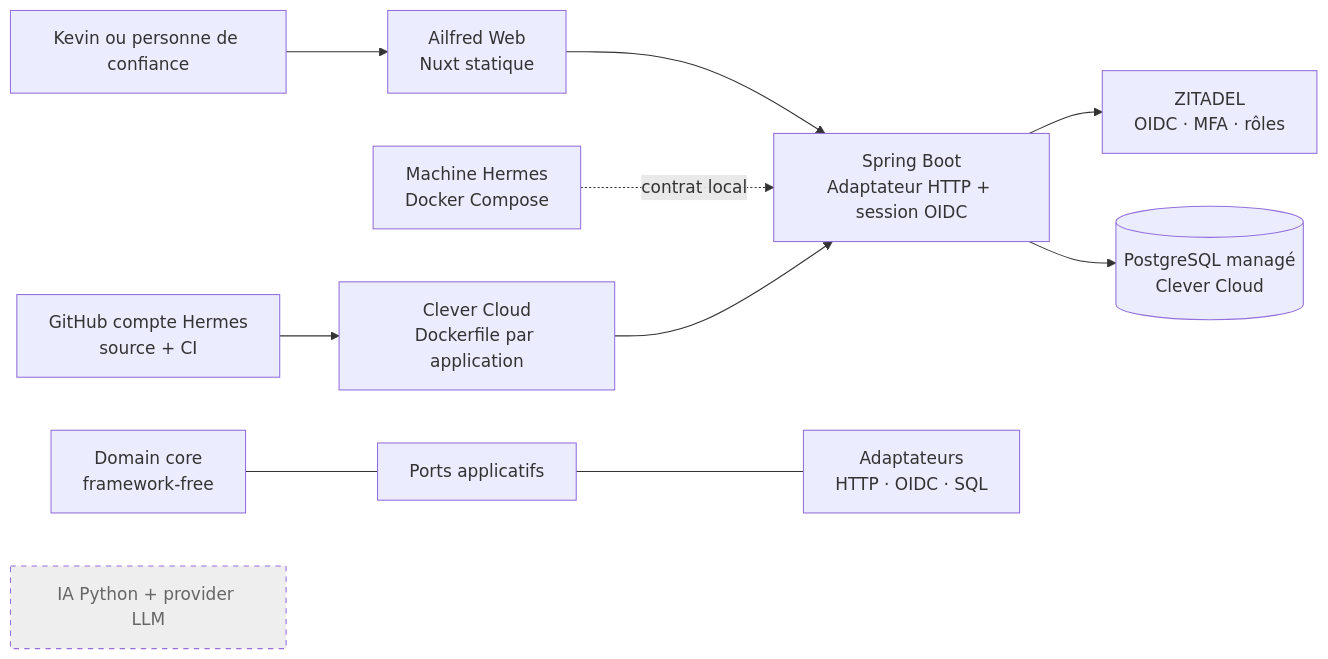
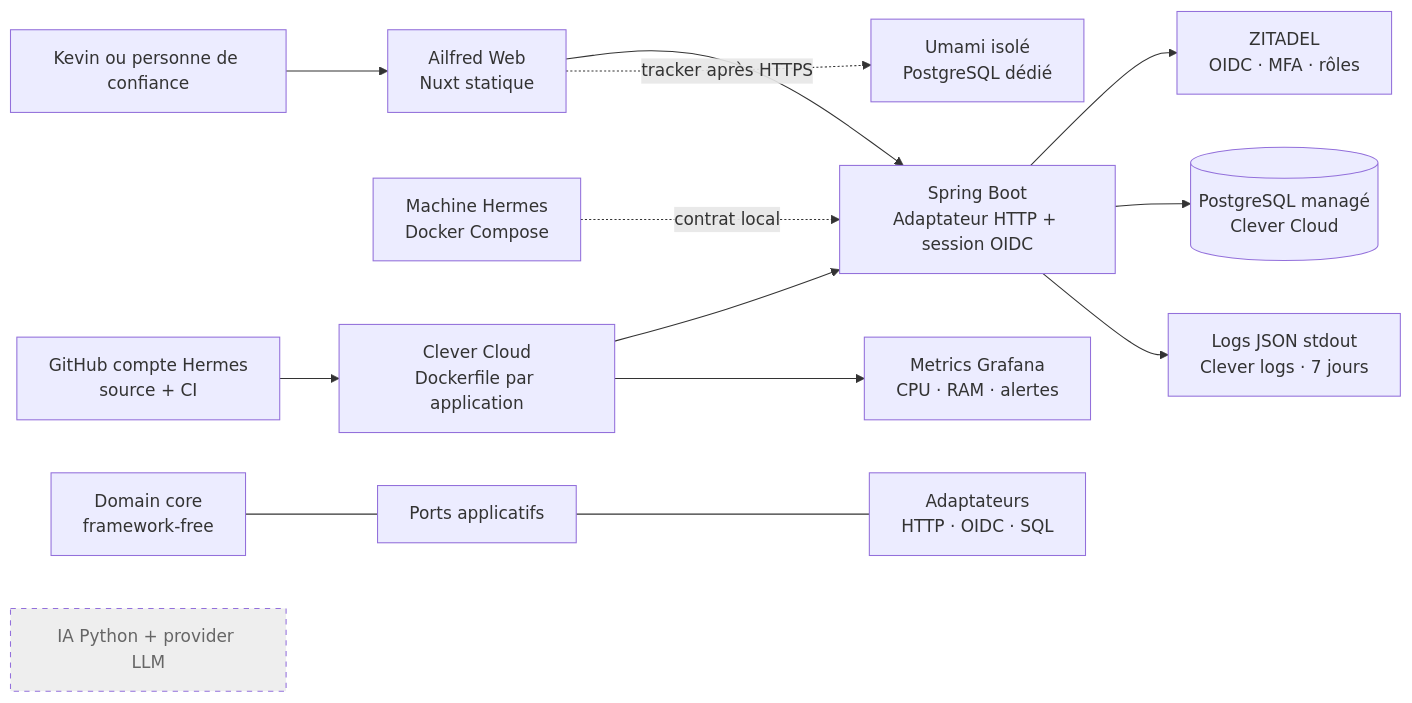
One commit to KevinArnaudLille/personal-hub changed the diagram in diagrams/ailfred-foundations-architecture.mmd. Above: the diagram before and after it, drawn with Mermaid. The commit also changed 1 other file, not shown here.

```diff
--- a/diagrams/ailfred-foundations-architecture.mmd
+++ b/diagrams/ailfred-foundations-architecture.mmd
@@ -1,12 +1,15 @@
 flowchart LR
   U[Kevin ou personne de confiance] --> W[Ailfred Web\nNuxt statique]
   W --> S[Spring Boot\nAdaptateur HTTP + session OIDC]
   S --> I[ZITADEL\nOIDC · MFA · rôles]
   S --> D[(PostgreSQL managé\nClever Cloud)]
   H[Machine Hermes\nDocker Compose] -. contrat local .-> S
   G[GitHub compte Hermes\nsource + CI] --> C[Clever Cloud\nDockerfile par application]
   C --> S
+  S --> L[Logs JSON stdout\nClever logs · 7 jours]
+  C --> M[Metrics Grafana\nCPU · RAM · alertes]
+  W -. tracker après HTTPS .-> UMI[Umami isolé\nPostgreSQL dédié]
   DC[Domain core\nframework-free] --- P[Ports applicatifs]
   P --- A[Adaptateurs\nHTTP · OIDC · SQL]
   AI[IA Python + provider LLM]:::deferred
   classDef deferred stroke-dasharray: 5 5,fill:#eee,color:#666
```
